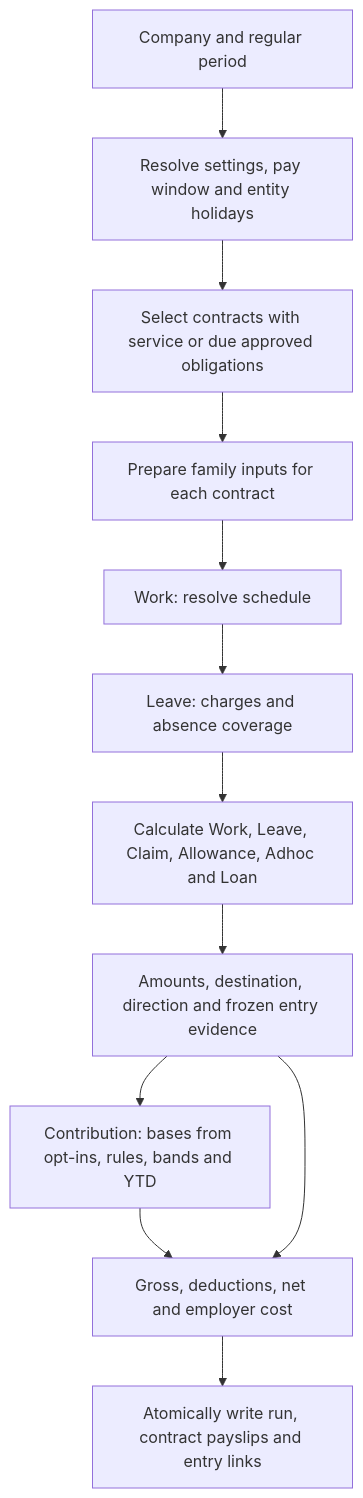
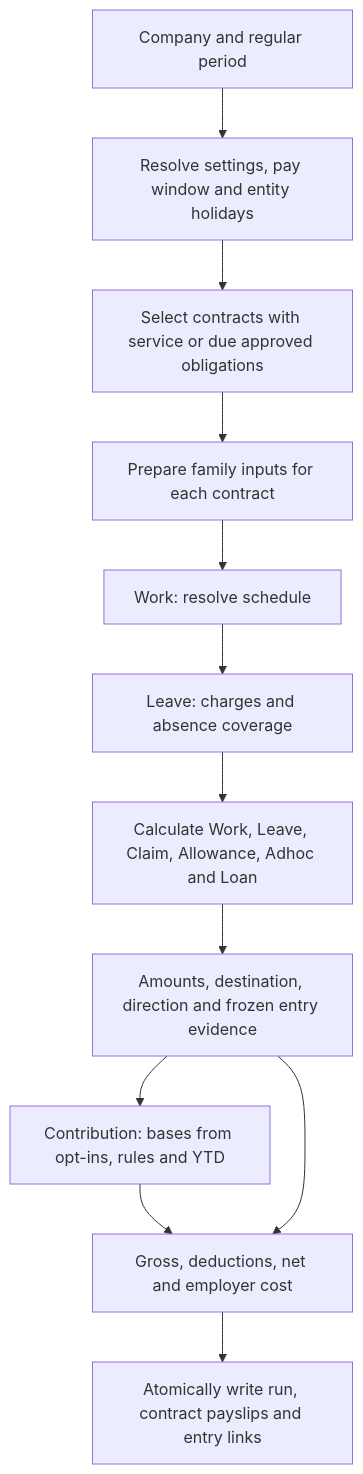
Before and after one commit to norbital-ai/templates: the first of 2 diagrams in hr-payroll/docs/architecture.md, drawn with Mermaid. The commit also changed other lines of this file and 329 other files, not shown here.

````diff
--- a/hr-payroll/docs/architecture.md
+++ b/hr-payroll/docs/architecture.md
@@ -123,14 +123,14 @@
 ```mermaid
 flowchart TD
     Request[Company and regular period] --> Context[Resolve settings, pay window and entity holidays]
     Context --> Contracts[Select contracts with service or due approved obligations]
     Contracts --> Prepare[Prepare family inputs for each contract]
     Prepare --> Work[Work: resolve schedule]
     Work --> Leave[Leave: charges and absence coverage]
     Leave --> Calculate[Calculate Work, Leave, Claim, Allowance, Adhoc and Loan]
     Calculate --> Results[Amounts, destination, direction and frozen entry evidence]
-    Results --> Contribution[Contribution: bases from opt-ins, rules, bands and YTD]
+    Results --> Contribution[Contribution: bases from opt-ins, rules and YTD]
     Contribution --> Settle[Gross, deductions, net and employer cost]
     Results --> Settle
     Settle --> Commit[Atomically write run, contract payslips and entry links]
 ```
````
